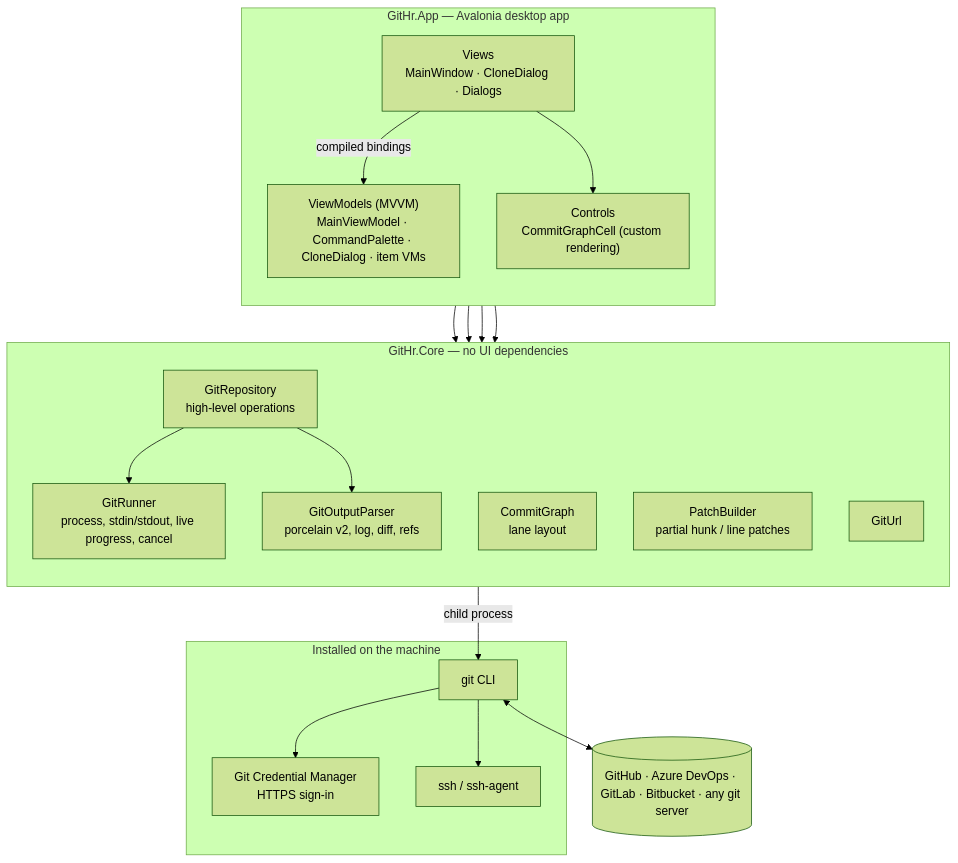
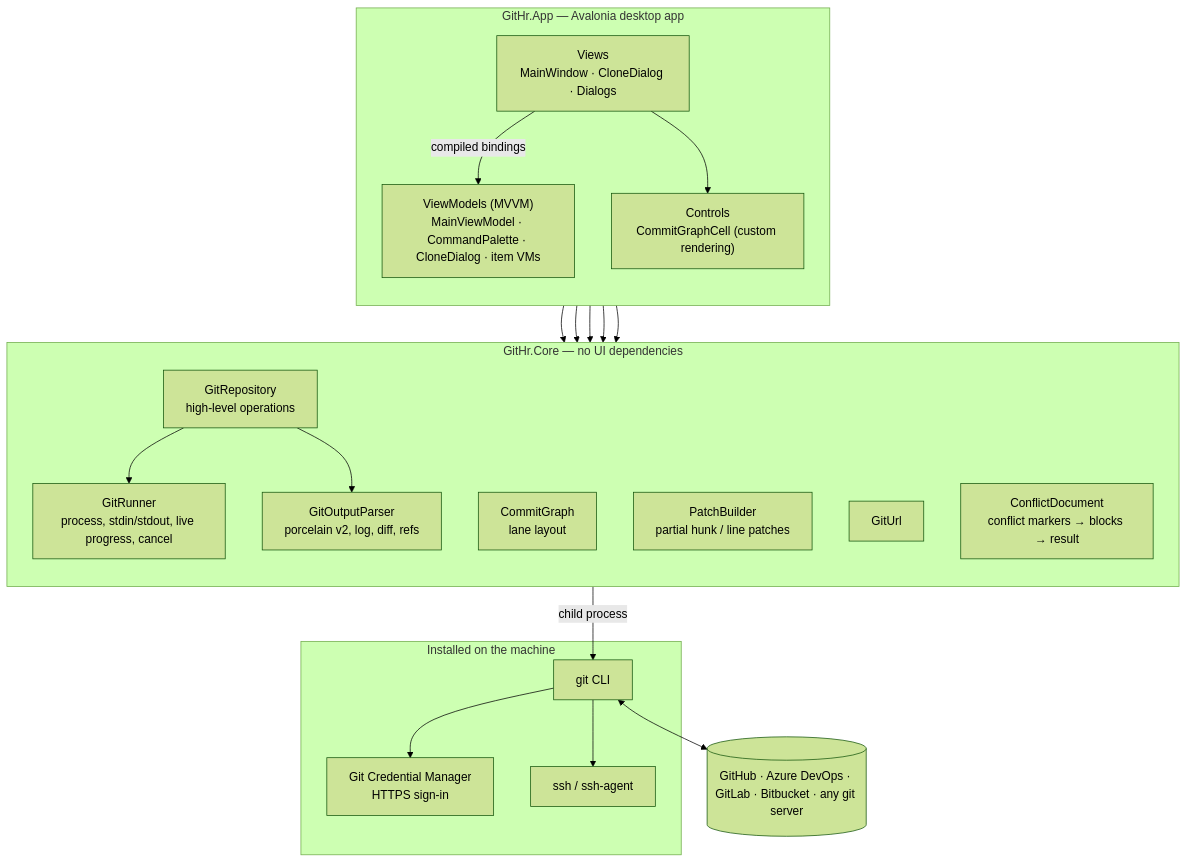
One commit to mhrezaee/git-hr changed the first of 8 diagrams in README.md. Above: the diagram before and after it, drawn with Mermaid (forest theme). The commit also changed other lines of this file and 14 other files, not shown here.

````diff
--- a/README.md
+++ b/README.md
@@ -72,40 +76,42 @@
 ```mermaid
 flowchart TB
     subgraph App["GitHr.App — Avalonia desktop app"]
         direction TB
         Views["Views<br/>MainWindow · CloneDialog · Dialogs"]
         VMs["ViewModels (MVVM)<br/>MainViewModel · CommandPalette · CloneDialog · item VMs"]
         Controls["Controls<br/>CommitGraphCell (custom rendering)"]
         Views -- "compiled bindings" --> VMs
         Views --> Controls
     end
 
     subgraph Core["GitHr.Core — no UI dependencies"]
         direction TB
         Repo["GitRepository<br/>high-level operations"]
         Runner["GitRunner<br/>process, stdin/stdout, live progress, cancel"]
         Parser["GitOutputParser<br/>porcelain v2, log, diff, refs"]
         Graph["CommitGraph<br/>lane layout"]
         Patch["PatchBuilder<br/>partial hunk / line patches"]
         Url["GitUrl"]
+        Conf["ConflictDocument<br/>conflict markers → blocks → result"]
         Repo --> Runner
         Repo --> Parser
     end
 
     subgraph System["Installed on the machine"]
         Git["git CLI"]
         GCM["Git Credential Manager<br/>HTTPS sign-in"]
         SSH["ssh / ssh-agent"]
     end
 
     Remotes[("GitHub · Azure DevOps · GitLab · Bitbucket · any git server")]
 
     VMs --> Repo
     VMs --> Graph
     VMs --> Patch
     VMs --> Url
+    VMs --> Conf
     Runner -- "child process" --> Git
     Git --> GCM
     Git --> SSH
     Git <--> Remotes
 ```
````
